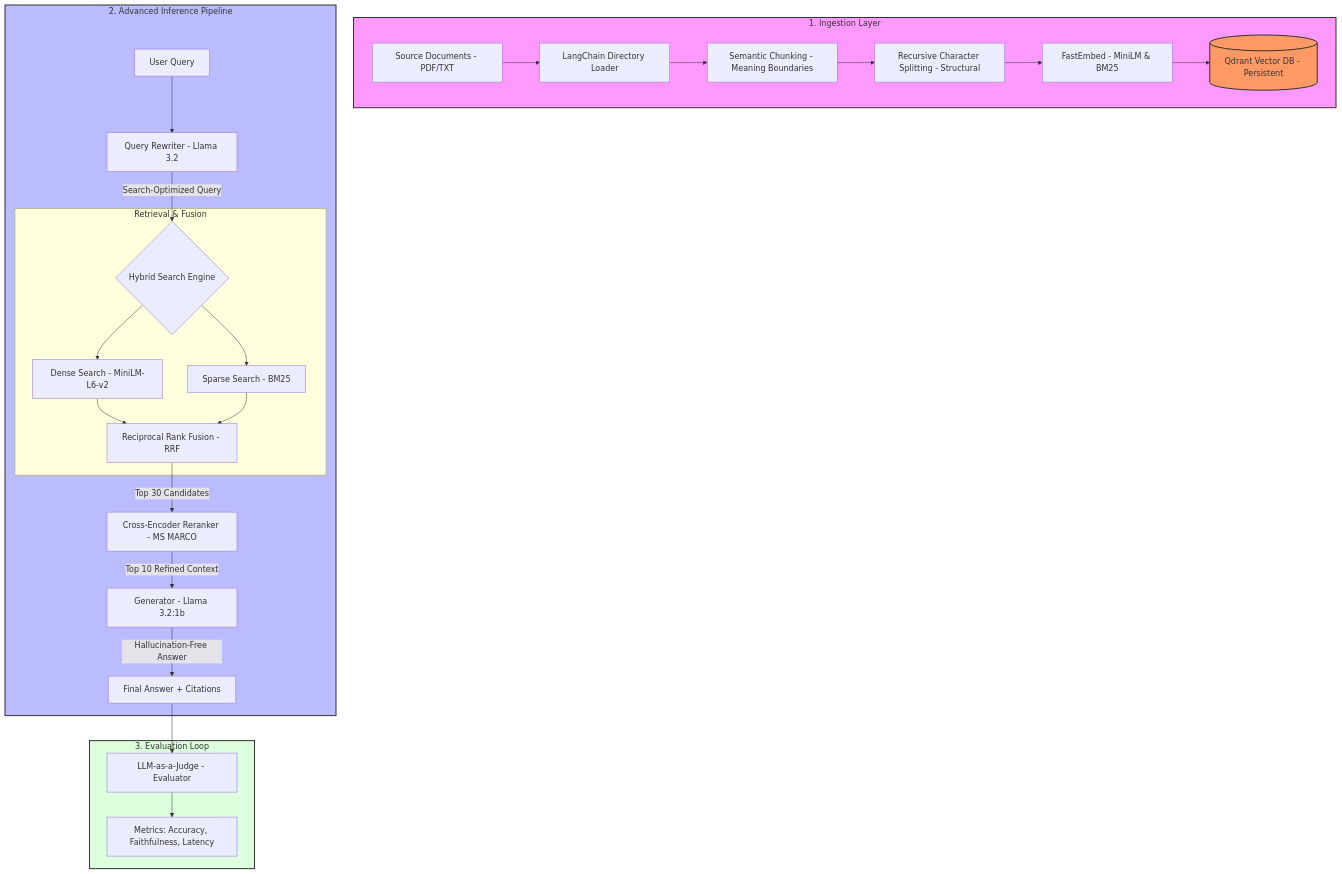
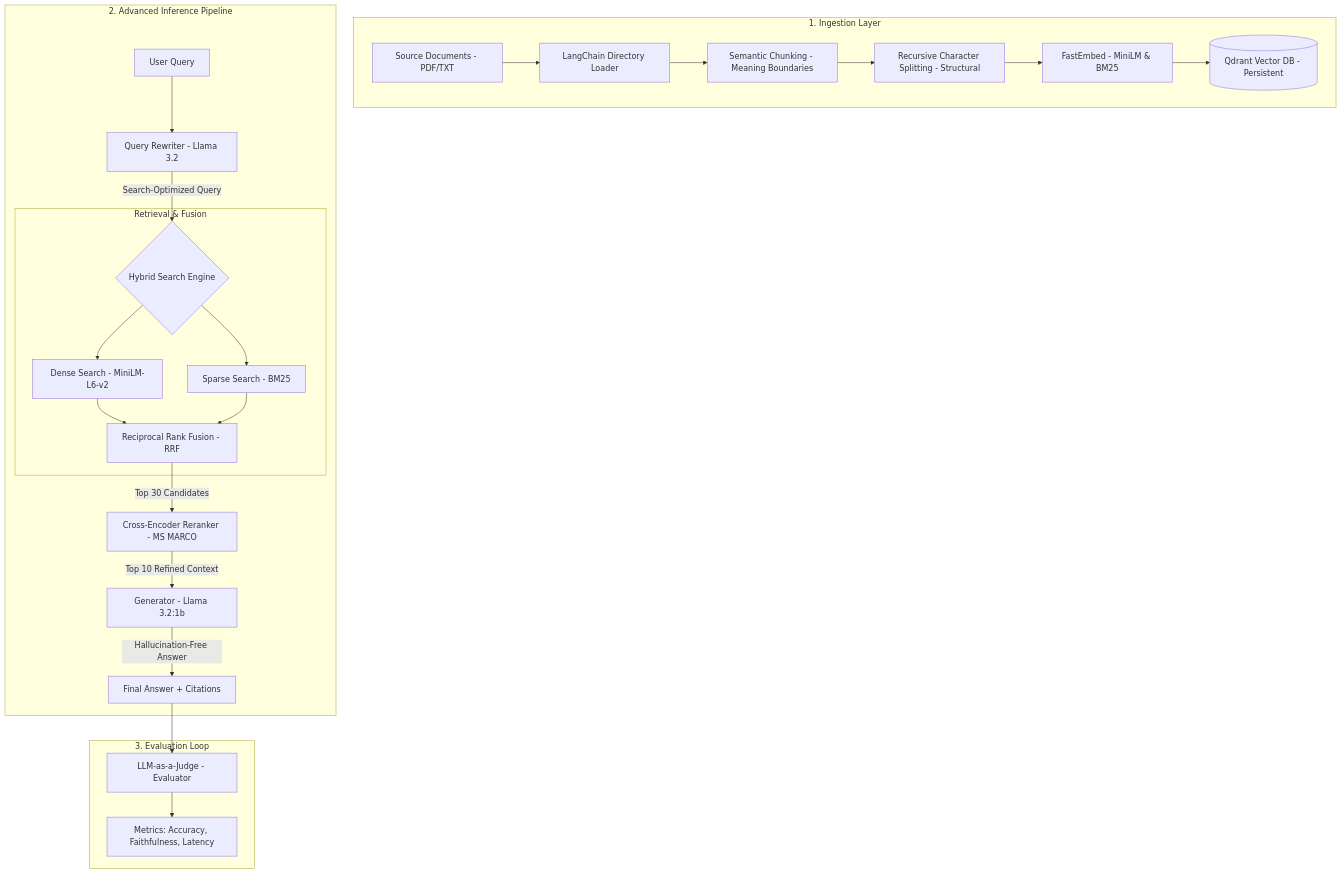
Before and after one commit to priyanshsingh11/Advanced-RAG: the diagram in README.md, drawn with Mermaid.

Commit message:
docs: remove Mermaid styling from README architecture diagram

````diff
--- a/README.md
+++ b/README.md
@@ -72,36 +72,31 @@
 ```mermaid
 graph TD
     subgraph Ingestion_Layer [1. Ingestion Layer]
         Docs[Source Documents - PDF/TXT] --> Loader[LangChain Directory Loader]
         Loader --> SChunk[Semantic Chunking - Meaning Boundaries]
         SChunk --> RSplit[Recursive Character Splitting - Structural]
         RSplit --> Embed[FastEmbed - MiniLM & BM25]
         Embed --> Qdrant_Store[(Qdrant Vector DB - Persistent)]
     end
 
     subgraph Inference_Pipeline [2. Advanced Inference Pipeline]
         User[User Query] --> Rewriter[Query Rewriter - Llama 3.2]
         Rewriter -- Search-Optimized Query --> Hybrid{Hybrid Search Engine}
         
         subgraph Retrieval [Retrieval & Fusion]
             Hybrid --> Dense[Dense Search - MiniLM-L6-v2]
             Hybrid --> Sparse[Sparse Search - BM25]
             Dense --> RRF[Reciprocal Rank Fusion - RRF]
             Sparse --> RRF
         end
 
         RRF -- Top 30 Candidates --> Reranker[Cross-Encoder Reranker - MS MARCO]
         Reranker -- Top 10 Refined Context --> LLM[Generator - Llama 3.2:1b]
         LLM -- Hallucination-Free Answer --> Output[Final Answer + Citations]
     end
 
     subgraph Evaluation [3. Evaluation Loop]
         Output --> Judge[LLM-as-a-Judge - Evaluator]
         Judge --> Results[Metrics: Accuracy, Faithfulness, Latency]
     end
-
-    style Ingestion_Layer fill:#f9f,stroke:#333,stroke-width:2px
-    style Inference_Pipeline fill:#bbf,stroke:#333,stroke-width:2px
-    style Evaluation fill:#dfd,stroke:#333,stroke-width:2px
-    style Qdrant_Store fill:#f96,stroke:#333,stroke-width:2px
 ```
````
